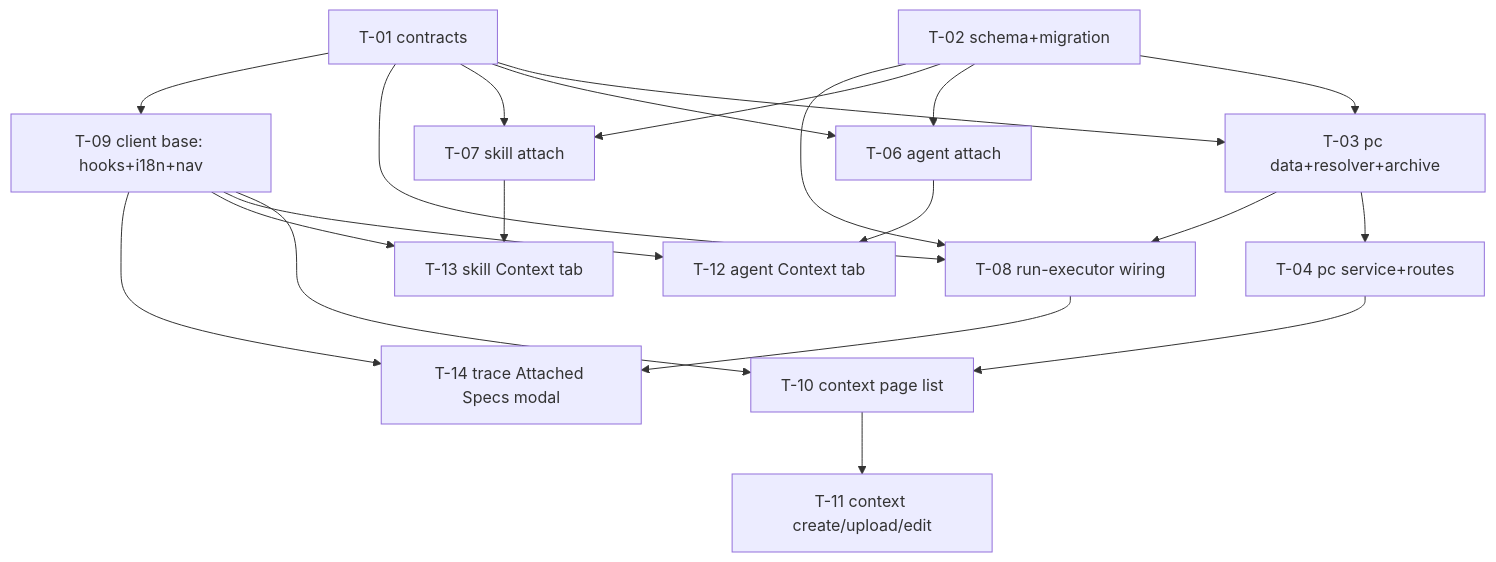
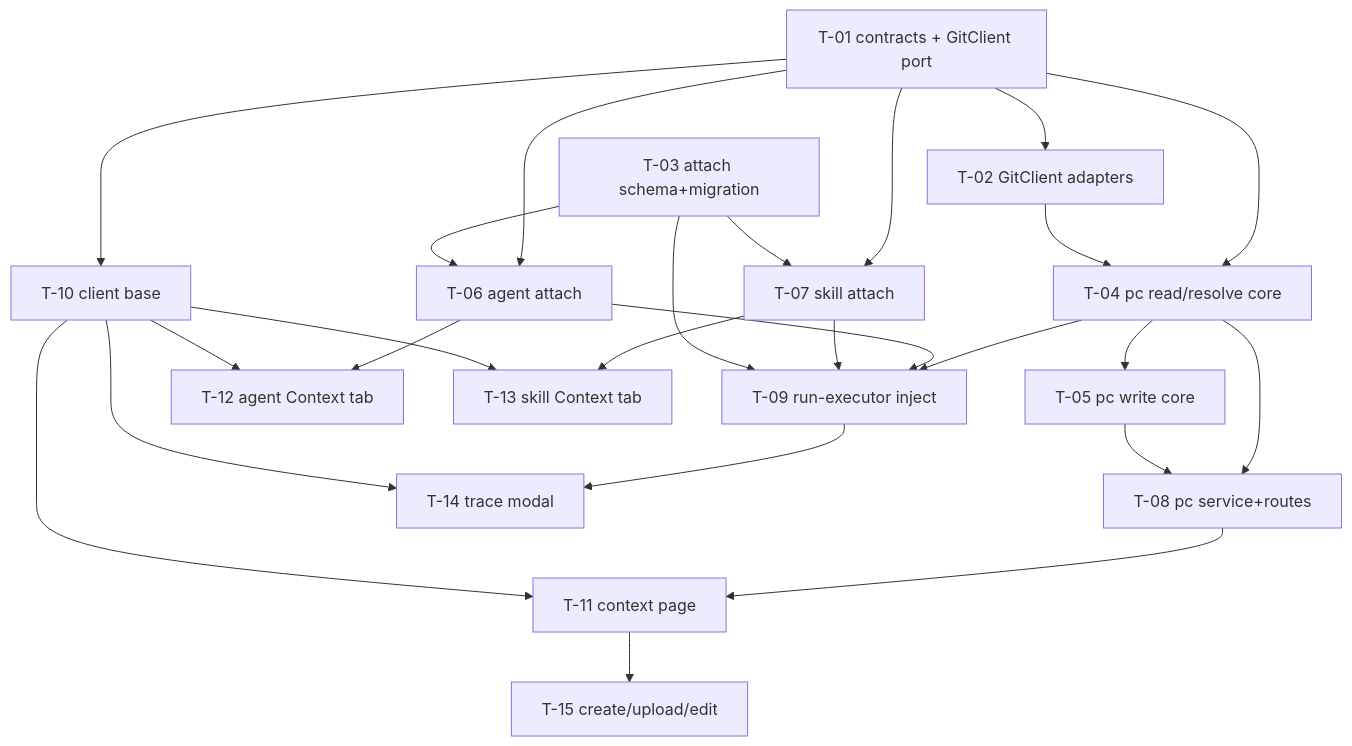
Before and after one commit to VaLeXaR/dev-digest: the diagram in docs/plans/project-context.md, drawn with Mermaid. The commit also changed other lines of this file and 5 other files, not shown here.

````diff
--- a/docs/plans/project-context.md
+++ b/docs/plans/project-context.md
@@ -221,23 +282,27 @@
 ```mermaid
 flowchart TD
-  T01[T-01 contracts] --> T03
-  T02[T-02 schema+migration] --> T03
+  T01[T-01 contracts + GitClient port] --> T02[T-02 GitClient adapters]
+  T01 --> T04[T-04 pc read/resolve core]
+  T02 --> T04
+  T04 --> T05[T-05 pc write core]
   T01 --> T06[T-06 agent attach]
-  T02 --> T06
+  T03[T-03 attach schema+migration] --> T06
   T01 --> T07[T-07 skill attach]
-  T02 --> T07
-  T03[T-03 pc data+resolver+archive] --> T04[T-04 pc service+routes]
-  T03 --> T08[T-08 run-executor wiring]
-  T02 --> T08
-  T01 --> T08
-  T01 --> T09[T-09 client base: hooks+i18n+nav]
-  T04 --> T10[T-10 context page list]
-  T09 --> T10
+  T03 --> T07
+  T04 --> T08[T-08 pc service+routes]
+  T05 --> T08
+  T04 --> T09[T-09 run-executor inject]
+  T06 --> T09
+  T07 --> T09
+  T03 --> T09
+  T01 --> T10[T-10 client base]
+  T08 --> T11[T-11 context page]
+  T10 --> T11
   T06 --> T12[T-12 agent Context tab]
-  T09 --> T12
+  T10 --> T12
   T07 --> T13[T-13 skill Context tab]
-  T09 --> T13
-  T08 --> T14[T-14 trace Attached Specs modal]
-  T09 --> T14
-  T10 --> T11[T-11 context create/upload/edit]
+  T10 --> T13
+  T09 --> T14[T-14 trace modal]
+  T10 --> T14
+  T11 --> T15[T-15 create/upload/edit]
 ```
````
